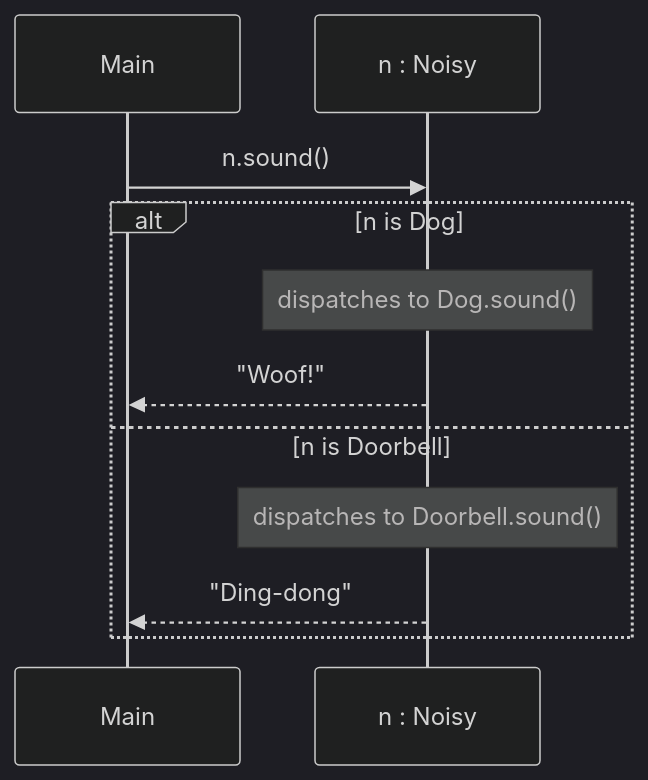
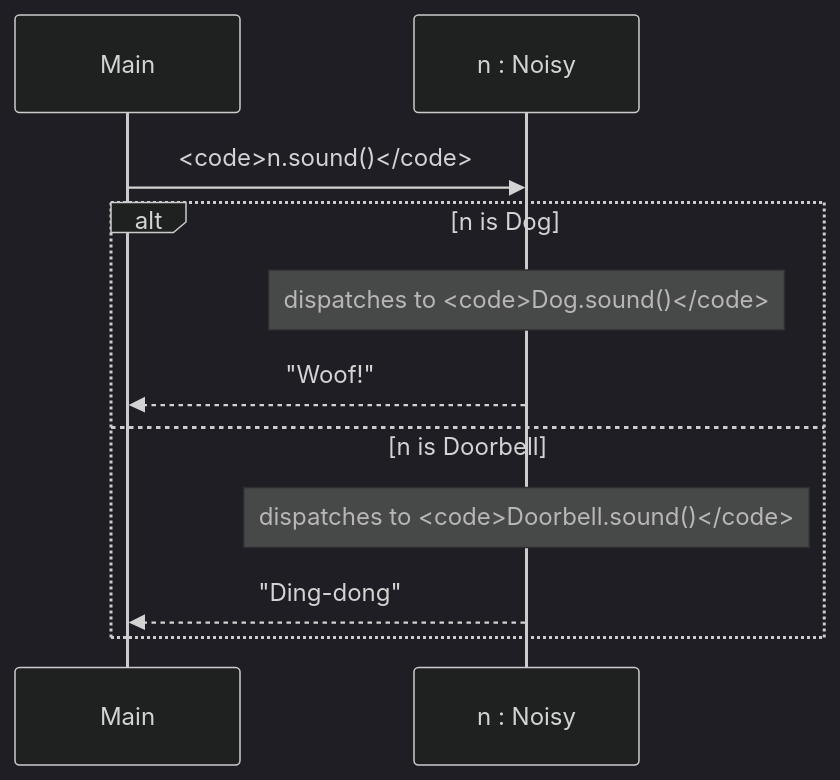
One commit to dataslope/dataslope changed the first of 5 diagrams in content/courses/oop-blueprint-java/polymorphism.mdx. Above: the diagram before and after it, drawn with Mermaid (dark theme). The commit also changed other lines of this file and 65 other files, not shown here.

First line of the commit message:
Set code in every mermaid label in the mono face

````diff
--- a/content/courses/oop-blueprint-java/polymorphism.mdx
+++ b/content/courses/oop-blueprint-java/polymorphism.mdx
@@ -21,13 +21,13 @@
 ```mermaid
 sequenceDiagram
     participant Main
     participant Var as n : Noisy
-    Main->>Var: n.sound()
+    Main->>Var: <code>n.sound()</code>
     alt n is Dog
-        Note over Var: dispatches to Dog.sound()
+        Note over Var: dispatches to <code>Dog.sound()</code>
         Var-->>Main: "Woof!"
     else n is Doorbell
-        Note over Var: dispatches to Doorbell.sound()
+        Note over Var: dispatches to <code>Doorbell.sound()</code>
         Var-->>Main: "Ding-dong"
     end
 ```
````
